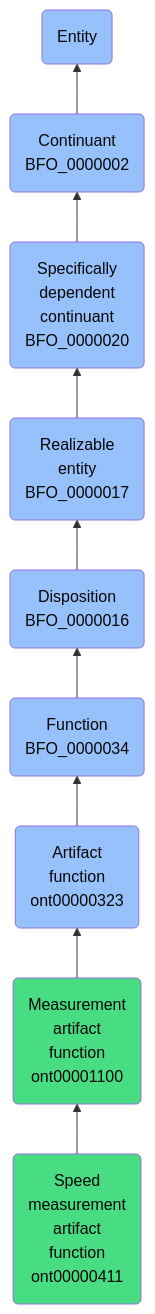
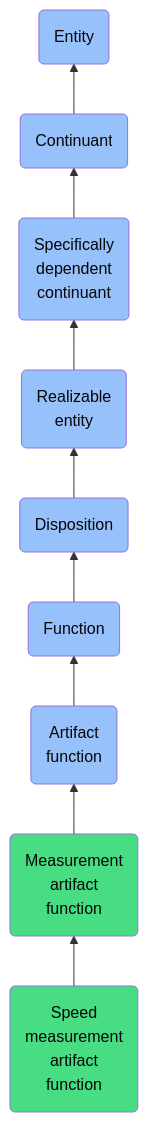
One commit to jupyter-naas/abi changed the diagram in docs/ontology/reference/model/Entity/Continuant/Specifically dependent continuant/Realizable entity/Disposition/Function/Artifact function/Measurement artifact function/Speed measurement artifact function/Speed measurement artifact function.md. Above: the diagram before and after it, drawn with Mermaid. The commit also changed other lines of this file and 1430 other files, not shown here.

````diff
--- a/docs/ontology/reference/model/Entity/Continuant/Specifically dependent continuant/Realizable entity/Disposition/Function/Artifact function/Measurement artifact function/Speed measurement artifact function/Speed measurement artifact function.md
+++ b/docs/ontology/reference/model/Entity/Continuant/Specifically dependent continuant/Realizable entity/Disposition/Function/Artifact function/Measurement artifact function/Speed measurement artifact function/Speed measurement artifact function.md
@@ -24,16 +24,16 @@
 ```mermaid
 graph BT
-    ont00000411(Speed<br>measurement<br>artifact<br>function<br>ont00000411):::ABI-->ont00001100
-    ont00001100(Measurement<br>artifact<br>function<br>ont00001100):::ABI-->ont00000323
-    ont00000323(Artifact<br>function<br>ont00000323):::BFO-->BFO_0000034
-    BFO_0000034(Function<br>BFO_0000034):::BFO-->BFO_0000016
-    BFO_0000016(Disposition<br>BFO_0000016):::BFO-->BFO_0000017
-    BFO_0000017(Realizable<br>entity<br>BFO_0000017):::BFO-->BFO_0000020
-    BFO_0000020(Specifically<br>dependent<br>continuant<br>BFO_0000020):::BFO-->BFO_0000002
-    BFO_0000002(Continuant<br>BFO_0000002):::BFO-->BFO_0000001
+    ont00000411(Speed<br>measurement<br>artifact<br>function):::ABI-->ont00001100
+    ont00001100(Measurement<br>artifact<br>function):::ABI-->ont00000323
+    ont00000323(Artifact<br>function):::BFO-->BFO_0000034
+    BFO_0000034(Function):::BFO-->BFO_0000016
+    BFO_0000016(Disposition):::BFO-->BFO_0000017
+    BFO_0000017(Realizable<br>entity):::BFO-->BFO_0000020
+    BFO_0000020(Specifically<br>dependent<br>continuant):::BFO-->BFO_0000002
+    BFO_0000002(Continuant):::BFO-->BFO_0000001
     BFO_0000001(Entity):::BFO
     
     classDef BFO fill:#97c1fb,color:#060606
     classDef CCO fill:#e4c51e,color:#060606
     classDef ABI fill:#48DD82,color:#060606
 ```
````
